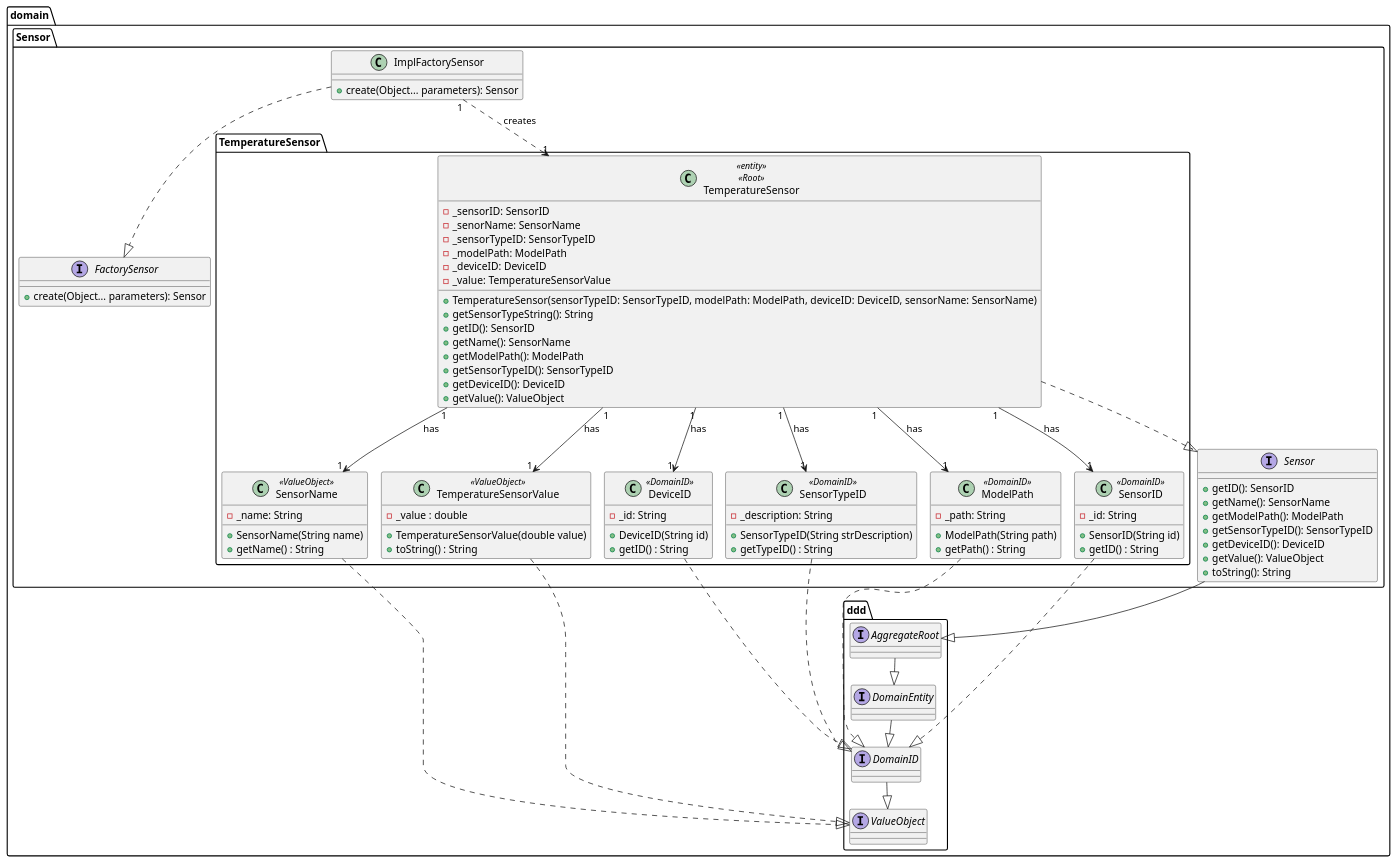
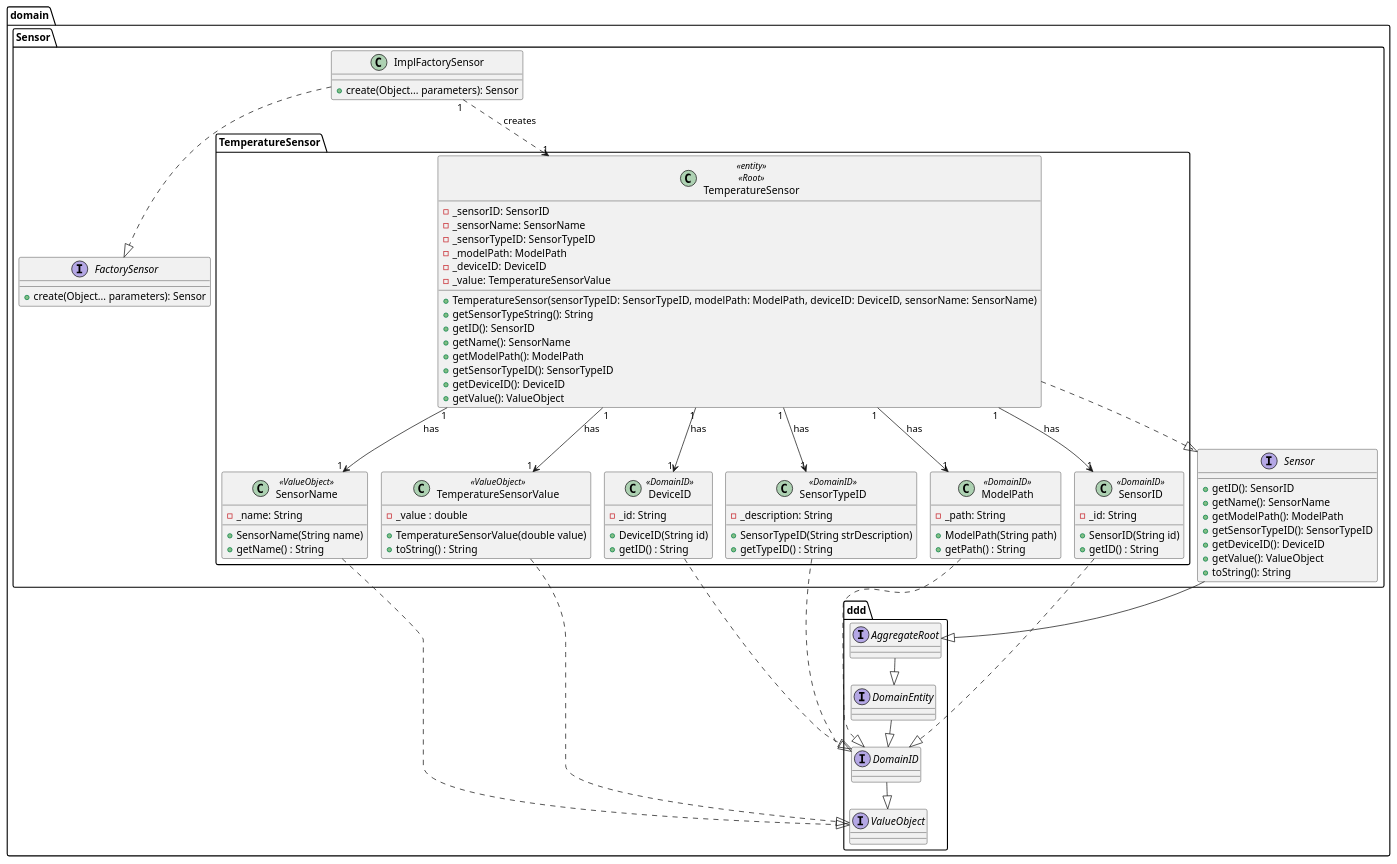
One commit to olivDiogo/SmartHome changed the diagram in docs/userStories/us10/US10CD.puml. Above: the diagram before and after it, drawn with PlantUML. The commit also changed 1 other file, not shown here.

```diff
--- a/docs/userStories/us10/US10CD.puml
+++ b/docs/userStories/us10/US10CD.puml
@@ -1,121 +1,121 @@
 @startuml
 !pragma layout smetana
 
 package domain.Sensor {
     interface FactorySensor {
         + create(Object... parameters): Sensor
     }
 
     class ImplFactorySensor {
         + create(Object... parameters): Sensor
     }
 
     interface Sensor {
             + getID(): SensorID
             + getName(): SensorName
             + getModelPath(): ModelPath
             + getSensorTypeID(): SensorTypeID
             + getDeviceID(): DeviceID
             + getValue(): ValueObject
             + toString(): String
     }
  }
 
 package domain.Sensor.TemperatureSensor {
 
     class domain.Sensor.TemperatureSensor.TemperatureSensor <<entity>><<Root>>{
         - _sensorID: SensorID
-        - _senorName: SensorName
+        - _sensorName: SensorName
         - _sensorTypeID: SensorTypeID
         - _modelPath: ModelPath
         - _deviceID: DeviceID
         - _value: TemperatureSensorValue
         + TemperatureSensor(sensorTypeID: SensorTypeID, modelPath: ModelPath, deviceID: DeviceID, sensorName: SensorName)
         + getSensorTypeString(): String
         + getID(): SensorID
         + getName(): SensorName
         + getModelPath(): ModelPath
         + getSensorTypeID(): SensorTypeID
         + getDeviceID(): DeviceID
         + getValue(): ValueObject
     }
 
     class SensorName <<ValueObject>>{
             - _name: String
             + SensorName(String name)
             + getName() : String
     }
 
     class SensorID <<DomainID>>{
             - _id: String
             + SensorID(String id)
             + getID() : String
     }
 
     class TemperatureSensorValue <<ValueObject>>{
             - _value : double
             + TemperatureSensorValue(double value)
             + toString() : String
     }
 
      class SensorTypeID <<DomainID>>{
                     - _description: String
                     + SensorTypeID(String strDescription)
                     + getTypeID() : String
         }
 
         class ModelPath <<DomainID>>{
                     - _path: String
                     + ModelPath(String path)
                     + getPath() : String
         }
 
         class DeviceID <<DomainID>>{
                     - _id: String
                     + DeviceID(String id)
                     + getID() : String
         }
 }
 
 
 package domain.ddd {
 
   interface DomainEntity {
   }
 
   interface DomainID {
   }
 
   interface AggregateRoot {
   }
 
   interface ValueObject {
   }
 }
 
 ImplFactorySensor ..|> FactorySensor
 ImplFactorySensor "1" ..> "1" domain.Sensor.TemperatureSensor.TemperatureSensor : creates
 
 domain.Sensor.TemperatureSensor.TemperatureSensor ..|> domain.Sensor.Sensor
 domain.Sensor.TemperatureSensor.TemperatureSensor "1" --> "1" domain.Sensor.TemperatureSensor.TemperatureSensorValue : has
 domain.Sensor.TemperatureSensor.TemperatureSensor "1" -->  "1" SensorTypeID : has
 domain.Sensor.TemperatureSensor.TemperatureSensor "1" -->  "1" ModelPath : has
 domain.Sensor.TemperatureSensor.TemperatureSensor "1" -->  "1" SensorName : has
 domain.Sensor.TemperatureSensor.TemperatureSensor "1" -->  "1" SensorID : has
 domain.Sensor.TemperatureSensor.TemperatureSensor "1" -->  "1" DeviceID : has
 
 domain.Sensor.TemperatureSensor.TemperatureSensorValue ..|> domain.ddd.ValueObject
 domain.Sensor.TemperatureSensor.SensorName ..|> domain.ddd.ValueObject
 
 DomainEntity --|> DomainID
 AggregateRoot --|> DomainEntity
 DomainID --|> ValueObject
 
 domain.Sensor.Sensor --|> domain.ddd.AggregateRoot
 
 SensorTypeID ..|> domain.ddd.DomainID
 SensorID ..|> domain.ddd.DomainID
 ModelPath ..|> domain.ddd.DomainID
 DeviceID ..|> domain.ddd.DomainID
 
 @enduml
```
